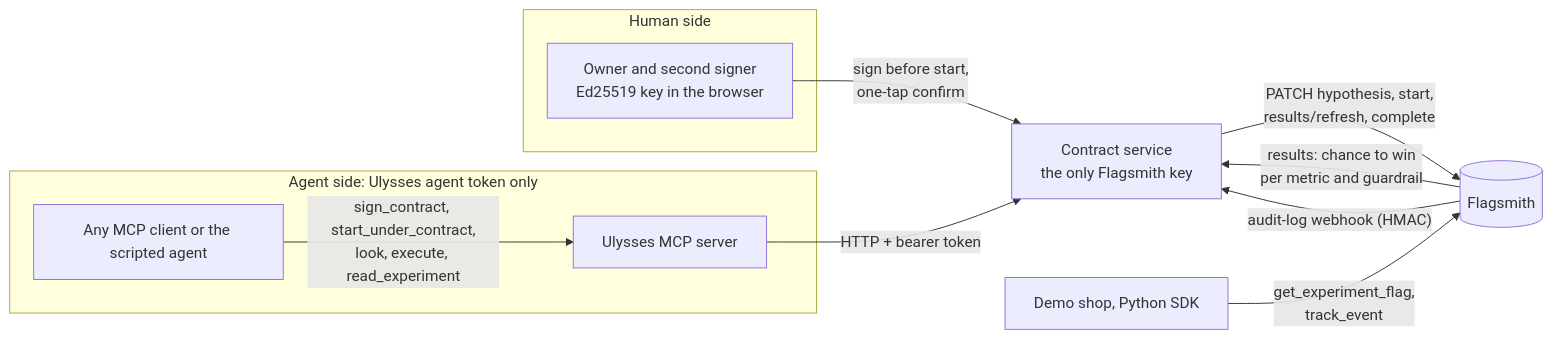
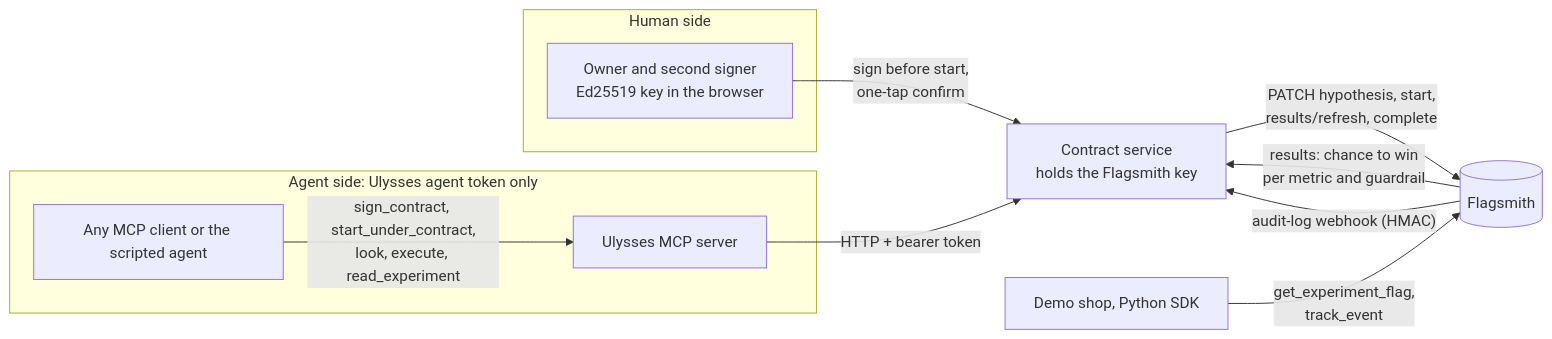
Before and after one commit to Dakshhhhh-ops/ulysses: the diagram in README.md, drawn with Mermaid. The commit also changed other lines of this file and 2 other files, not shown here.

Commit message:
README and .env.example: the service holds the key, the agent a token; agent reads via read_experiment

````diff
--- a/README.md
+++ b/README.md
@@ -89,15 +89,15 @@
 ```mermaid
 flowchart LR
   subgraph agent["Agent side: Ulysses agent token only"]
     A[Any MCP client or the scripted agent] -- "sign_contract, start_under_contract,<br/>look, execute, read_experiment" --> M[Ulysses MCP server]
   end
   subgraph human["Human side"]
     O[Owner and second signer<br/>Ed25519 key in the browser]
   end
-  M -- HTTP + bearer token --> S[Contract service<br/>the only Flagsmith key]
+  M -- HTTP + bearer token --> S[Contract service<br/>holds the Flagsmith key]
   O -- sign before start,<br/>one-tap confirm --> S
   S -- "PATCH hypothesis, start,<br/>results/refresh, complete" --> FS[(Flagsmith)]
   FS -- "results: chance to win<br/>per metric and guardrail" --> S
   FS -- "audit-log webhook (HMAC)" --> S
   SH[Demo shop, Python SDK] -- "get_experiment_flag,<br/>track_event" --> FS
 ```
````
